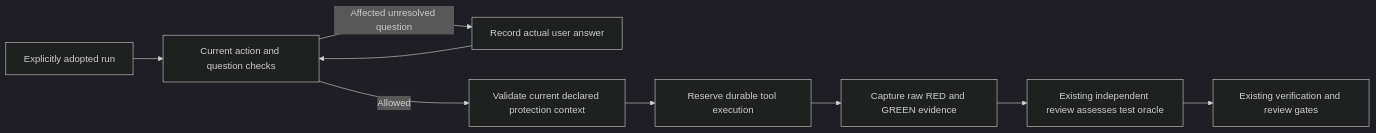
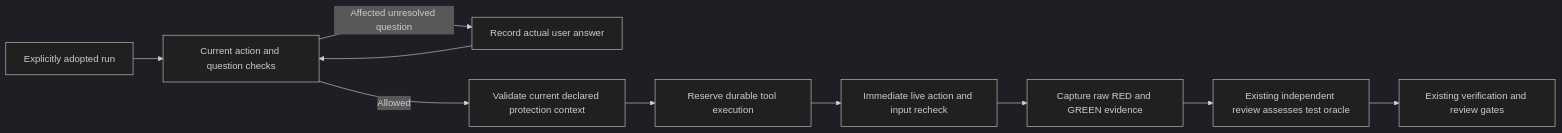
The second of 2 diagrams in skills/build-work/GUIDE.md (wgentil/devflow), drawn with Mermaid (dark theme) before and after one commit. The commit also changed 28 other files, not shown here.

````diff
--- a/skills/build-work/GUIDE.md
+++ b/skills/build-work/GUIDE.md
@@ -147,11 +147,12 @@
 ```mermaid
 flowchart LR
     Adopt[Explicitly adopted run] --> Check[Current action and question checks]
     Check -->|Affected unresolved question| Ask[Record actual user answer]
     Ask --> Check
     Check -->|Allowed| Protect[Validate current declared protection context]
     Protect --> Claim[Reserve durable tool execution]
-    Claim --> Capture[Capture raw RED and GREEN evidence]
+    Claim --> Launch[Immediate live action and input recheck]
+    Launch --> Capture[Capture raw RED and GREEN evidence]
     Capture --> Review[Existing independent review assesses test oracle]
     Review --> Existing[Existing verification and review gates]
 ```
````
